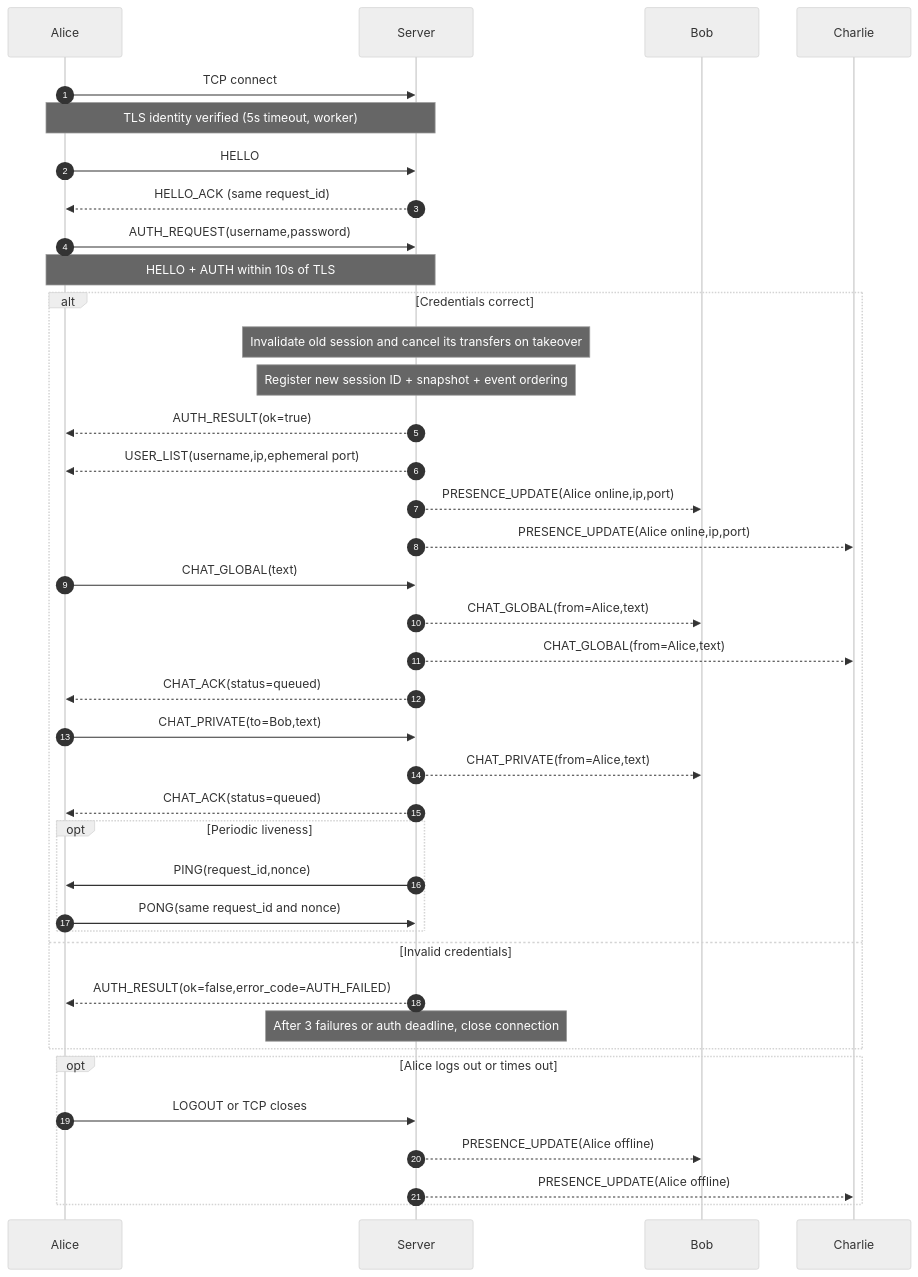
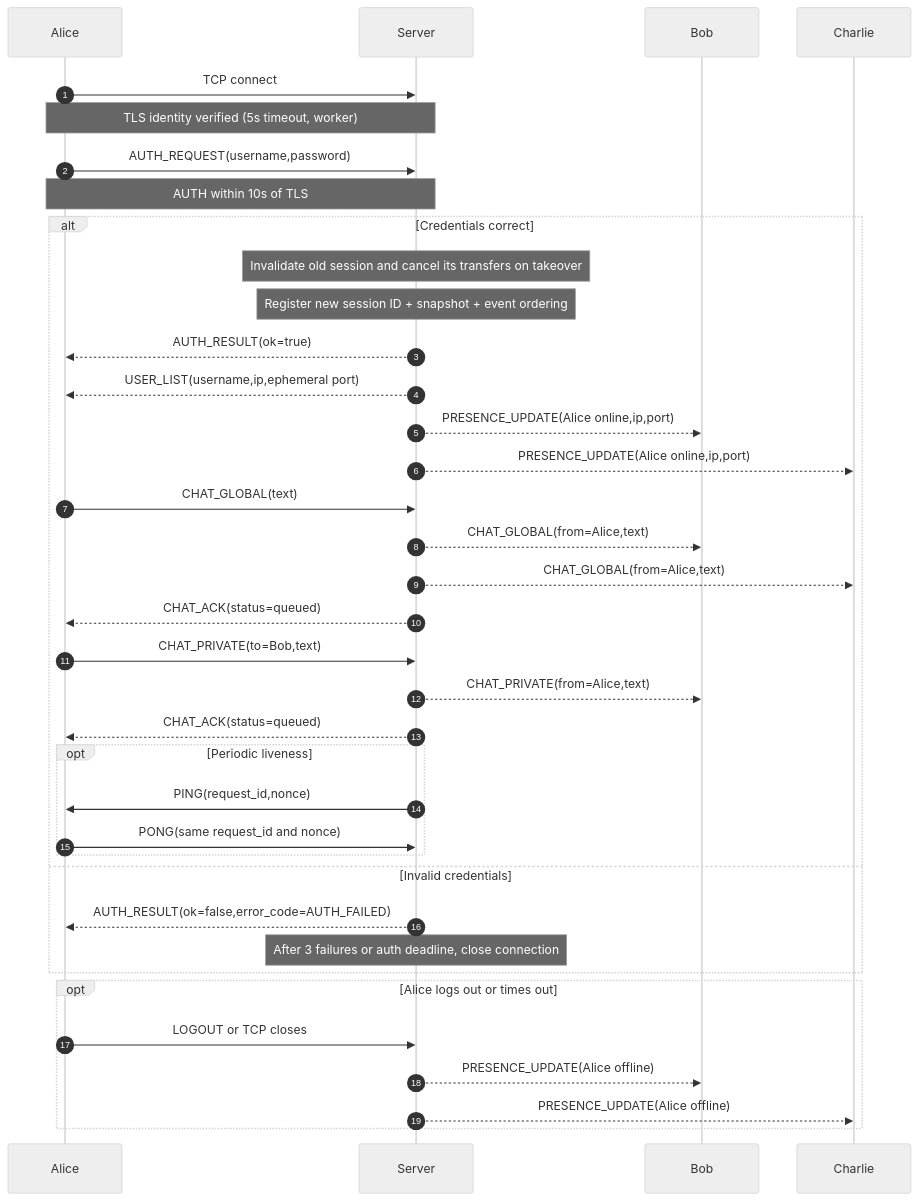
Before and after one commit to 1K-Keem/lan-collab: the diagram in docs/diagrams/connection-and-chat.md, drawn with Mermaid (neutral theme). The commit also changed other lines of this file and 32 other files, not shown here.

````diff
--- a/docs/diagrams/connection-and-chat.md
+++ b/docs/diagrams/connection-and-chat.md
@@ -3,41 +3,39 @@
 ```mermaid
 sequenceDiagram
     autonumber
     participant A as Alice
     participant S as Server
     participant B as Bob
     participant C as Charlie
     A->>S: TCP connect
     Note over A,S: TLS identity verified (5s timeout, worker)
-    A->>S: HELLO
-    S-->>A: HELLO_ACK (same request_id)
     A->>S: AUTH_REQUEST(username,password)
-    Note over A,S: HELLO + AUTH within 10s of TLS
+    Note over A,S: AUTH within 10s of TLS
     alt Credentials correct
         Note over S: Invalidate old session and cancel its transfers on takeover
         Note over S: Register new session ID + snapshot + event ordering
         S-->>A: AUTH_RESULT(ok=true)
         S-->>A: USER_LIST(username,ip,ephemeral port)
         S-->>B: PRESENCE_UPDATE(Alice online,ip,port)
         S-->>C: PRESENCE_UPDATE(Alice online,ip,port)
         A->>S: CHAT_GLOBAL(text)
         S-->>B: CHAT_GLOBAL(from=Alice,text)
         S-->>C: CHAT_GLOBAL(from=Alice,text)
         S-->>A: CHAT_ACK(status=queued)
         A->>S: CHAT_PRIVATE(to=Bob,text)
         S-->>B: CHAT_PRIVATE(from=Alice,text)
         S-->>A: CHAT_ACK(status=queued)
         opt Periodic liveness
             S->>A: PING(request_id,nonce)
             A->>S: PONG(same request_id and nonce)
         end
     else Invalid credentials
         S-->>A: AUTH_RESULT(ok=false,error_code=AUTH_FAILED)
         Note over S: After 3 failures or auth deadline, close connection
     end
     opt Alice logs out or times out
         A->>S: LOGOUT or TCP closes
         S-->>B: PRESENCE_UPDATE(Alice offline)
         S-->>C: PRESENCE_UPDATE(Alice offline)
     end
 ```
````
